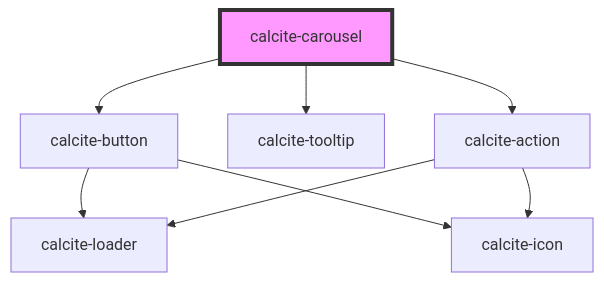
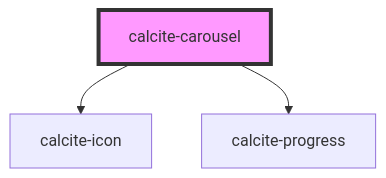
The diagram in packages/calcite-components/src/components/carousel/readme.md (Esri/calcite-design-system), drawn with Mermaid before and after one commit. The commit also changed other lines of this file and 21 other files, not shown here.

````diff
--- a/packages/calcite-components/src/components/carousel/readme.md
+++ b/packages/calcite-components/src/components/carousel/readme.md
@@ -39,11 +69,6 @@
 ```mermaid
 graph TD;
-  calcite-carousel --> calcite-button
-  calcite-carousel --> calcite-tooltip
-  calcite-carousel --> calcite-action
-  calcite-button --> calcite-loader
-  calcite-button --> calcite-icon
-  calcite-action --> calcite-loader
-  calcite-action --> calcite-icon
+  calcite-carousel --> calcite-icon
+  calcite-carousel --> calcite-progress
   style calcite-carousel fill:#f9f,stroke:#333,stroke-width:4px
 ```
````
